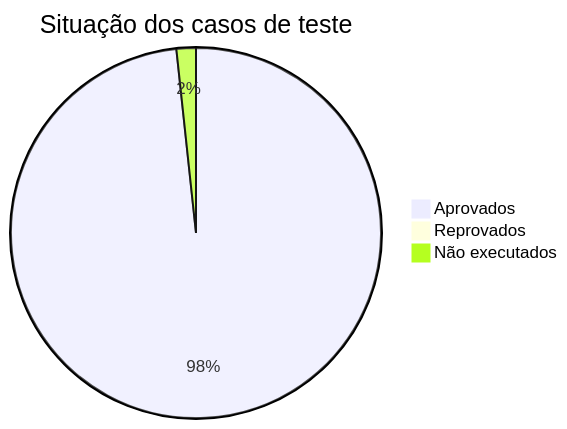
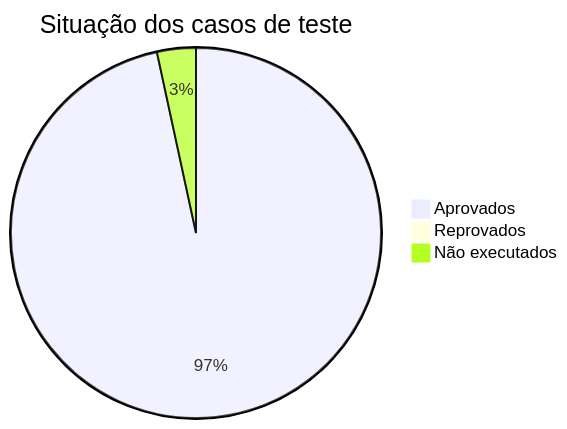
Before and after one commit to jvfraga01/Projeto_FolhaPagamento: the diagram in 10_Qualidade/Metricas_e_Indicadores.md, drawn with Mermaid. The commit also changed other lines of this file and 11 other files, not shown here.

````diff
--- a/10_Qualidade/Metricas_e_Indicadores.md
+++ b/10_Qualidade/Metricas_e_Indicadores.md
@@ -21,6 +21,6 @@
 ```mermaid
 pie title Situação dos casos de teste
-    "Aprovados" : 58
+    "Aprovados" : 57
     "Reprovados" : 0
-    "Não executados" : 1
+    "Não executados" : 2
 ```
````
